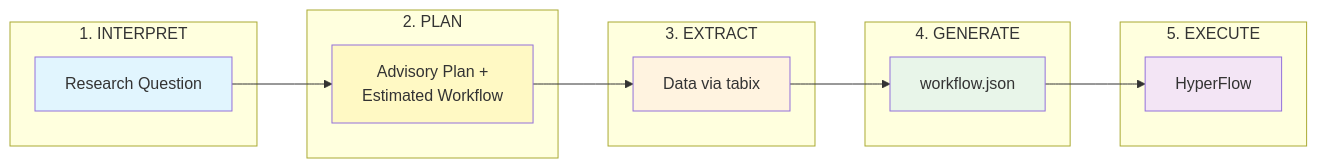
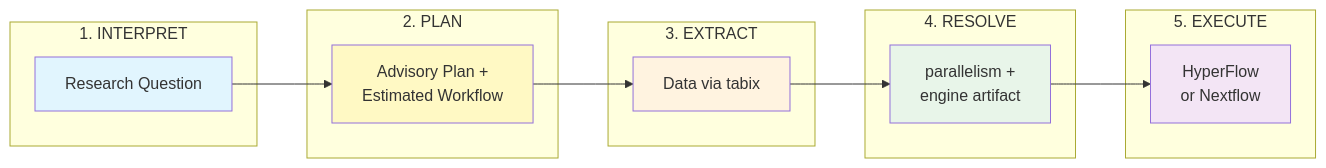
The second of 2 diagrams in README.md (hyperflow-wms/1000genome-workflow), drawn with Mermaid before and after one commit. The commit also changed other lines of this file and 29 other files, not shown here.

````diff
--- a/README.md
+++ b/README.md
@@ -40,30 +42,30 @@
 ```mermaid
 flowchart LR
     subgraph Step1["1. INTERPRET"]
         A["Research Question"]
     end
 
     subgraph Step2["2. PLAN"]
         B["Advisory Plan +<br/>Estimated Workflow"]
     end
 
     subgraph Step3["3. EXTRACT"]
         C["Data via tabix"]
     end
 
-    subgraph Step4["4. GENERATE"]
-        D["workflow.json"]
+    subgraph Step4["4. RESOLVE"]
+        D["parallelism +<br/>engine artifact"]
     end
 
     subgraph Step5["5. EXECUTE"]
-        E["HyperFlow"]
+        E["HyperFlow<br/>or Nextflow"]
     end
 
     A --> B --> C --> D --> E
 
     style A fill:#e1f5fe
     style B fill:#fff9c4
     style C fill:#fff3e0
     style D fill:#e8f5e9
     style E fill:#f3e5f5
 ```
````
